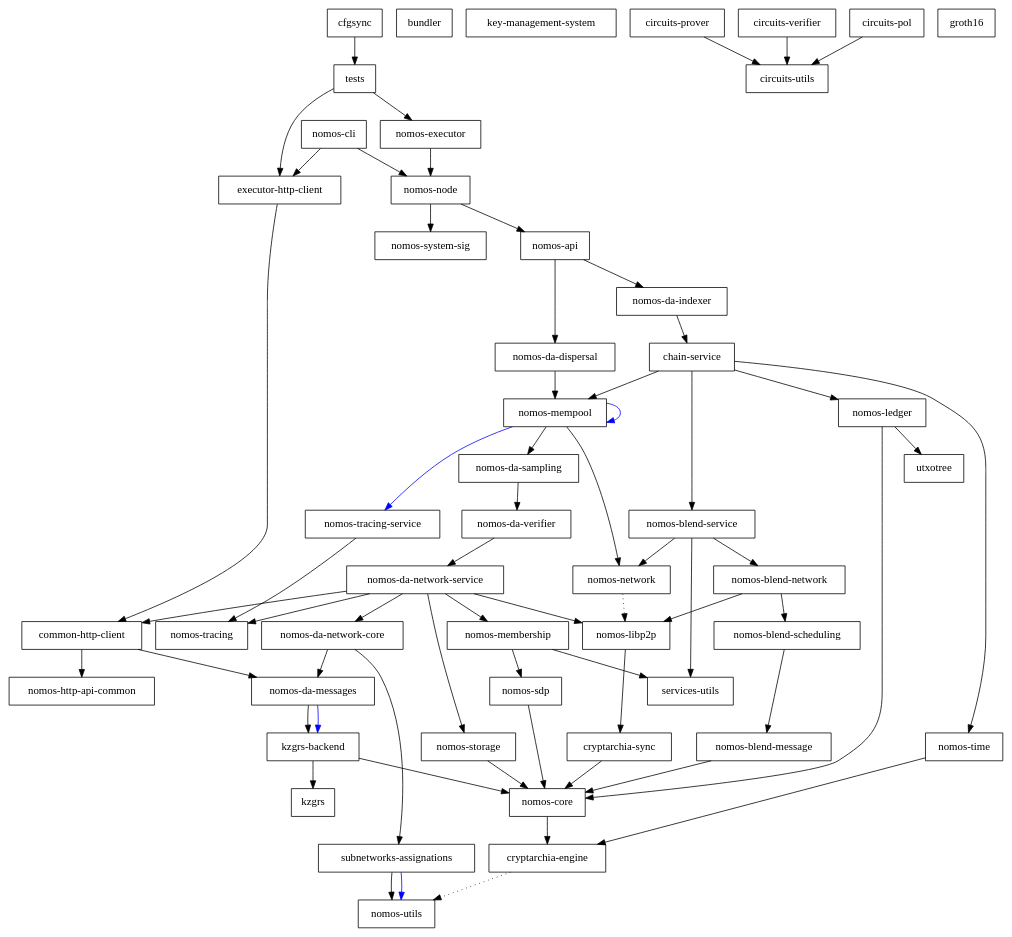
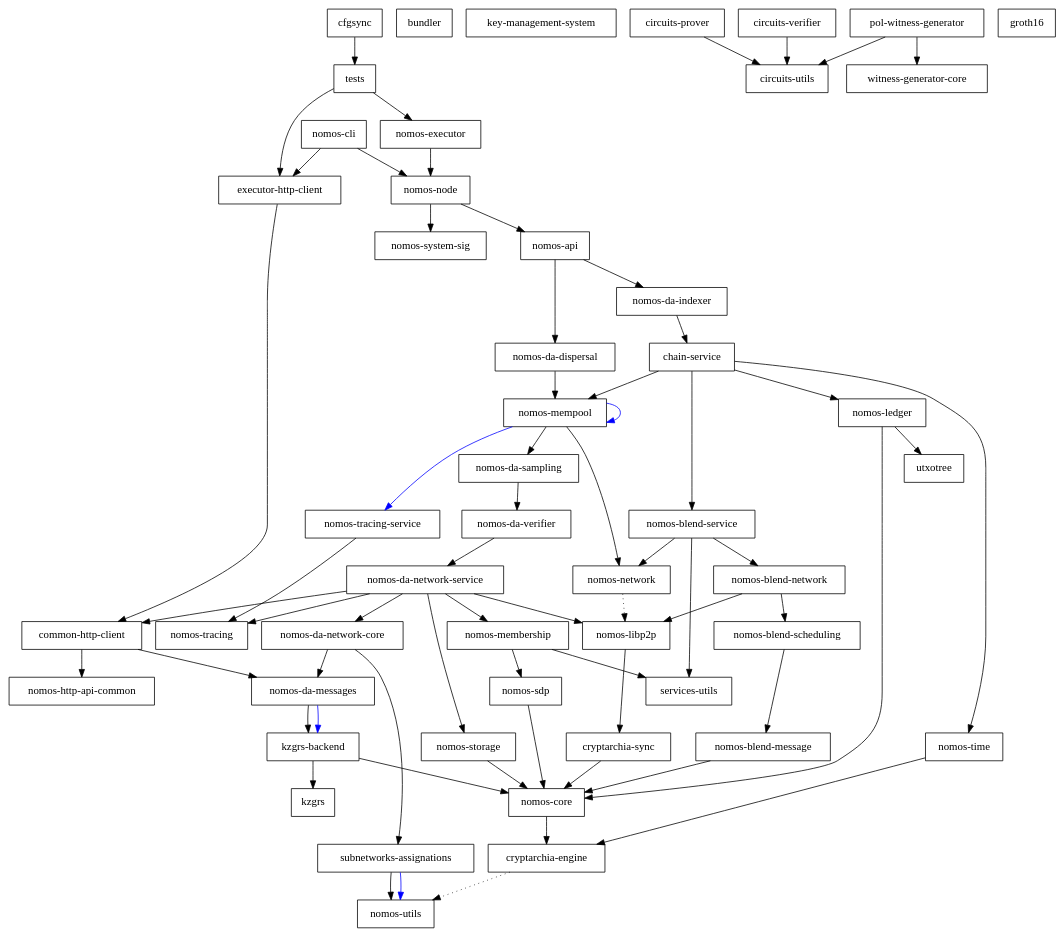
The diagram in dependencies_graph.dot (Astro521/logos-blockchain), drawn with Graphviz before and after one commit. The commit also changed 15 other files, not shown here.

```diff
--- a/dependencies_graph.dot
+++ b/dependencies_graph.dot
@@ -1,112 +1,114 @@
 digraph {
     0 [ label = "cryptarchia-engine" shape = box]
     1 [ label = "nomos-utils" shape = box]
     2 [ label = "cryptarchia-sync" shape = box]
     3 [ label = "nomos-core" shape = box]
     4 [ label = "nomos-ledger" shape = box]
     5 [ label = "utxotree" shape = box]
     6 [ label = "nomos-http-api-common" shape = box]
     7 [ label = "nomos-executor" shape = box]
     8 [ label = "kzgrs-backend" shape = box]
     9 [ label = "kzgrs" shape = box]
     10 [ label = "nomos-api" shape = box]
     11 [ label = "chain-service" shape = box]
     12 [ label = "nomos-blend-service" shape = box]
     13 [ label = "nomos-blend-message" shape = box]
     14 [ label = "nomos-blend-network" shape = box]
     15 [ label = "nomos-blend-scheduling" shape = box]
     16 [ label = "nomos-libp2p" shape = box]
     17 [ label = "nomos-network" shape = box]
     18 [ label = "services-utils" shape = box]
     19 [ label = "nomos-da-sampling" shape = box]
     20 [ label = "nomos-da-network-core" shape = box]
     21 [ label = "nomos-da-messages" shape = box]
     22 [ label = "subnetworks-assignations" shape = box]
     23 [ label = "nomos-da-network-service" shape = box]
     24 [ label = "common-http-client" shape = box]
     25 [ label = "nomos-membership" shape = box]
     26 [ label = "nomos-sdp" shape = box]
     27 [ label = "nomos-storage" shape = box]
     28 [ label = "nomos-tracing" shape = box]
     29 [ label = "nomos-da-verifier" shape = box]
     30 [ label = "nomos-mempool" shape = box]
     31 [ label = "nomos-tracing-service" shape = box]
     32 [ label = "nomos-time" shape = box]
     33 [ label = "nomos-da-dispersal" shape = box]
     34 [ label = "nomos-da-indexer" shape = box]
     35 [ label = "nomos-node" shape = box]
     36 [ label = "nomos-system-sig" shape = box]
     37 [ label = "executor-http-client" shape = box]
     38 [ label = "bundler" shape = box]
     39 [ label = "nomos-cli" shape = box]
     40 [ label = "key-management-system" shape = box]
     41 [ label = "cfgsync" shape = box]
     42 [ label = "tests" shape = box]
     43 [ label = "circuits-prover" shape = box]
     44 [ label = "circuits-utils" shape = box]
     45 [ label = "circuits-verifier" shape = box]
-    46 [ label = "groth16" shape = box]
-    47 [ label = "circuits-pol" shape = box]
+    46 [ label = "witness-generator-core" shape = box]
+    47 [ label = "pol-witness-generator" shape = box]
+    48 [ label = "groth16" shape = box]
     0 -> 1 [ style = dotted]
     2 -> 3 [ ]
     3 -> 0 [ ]
     4 -> 3 [ ]
     4 -> 5 [ ]
     7 -> 35 [ ]
     8 -> 9 [ ]
     8 -> 3 [ ]
     10 -> 33 [ ]
     10 -> 34 [ ]
     11 -> 12 [ ]
     11 -> 4 [ ]
     11 -> 30 [ ]
     11 -> 32 [ ]
     12 -> 14 [ ]
     12 -> 17 [ ]
     12 -> 18 [ ]
     13 -> 3 [ ]
     14 -> 15 [ ]
     14 -> 16 [ ]
     15 -> 13 [ ]
     16 -> 2 [ ]
     17 -> 16 [ style = dotted]
     19 -> 29 [ ]
     20 -> 21 [ ]
     20 -> 22 [ ]
     21 -> 8 [ ]
     21 -> 8 [ color = blue]
     22 -> 1 [ ]
     22 -> 1 [ color = blue]
     23 -> 24 [ ]
     23 -> 20 [ ]
     23 -> 16 [ ]
     23 -> 25 [ ]
     23 -> 27 [ ]
     23 -> 28 [ ]
     24 -> 21 [ ]
     24 -> 6 [ ]
     25 -> 26 [ ]
     25 -> 18 [ ]
     26 -> 3 [ ]
     27 -> 3 [ ]
     29 -> 23 [ ]
     30 -> 19 [ ]
     30 -> 30 [ color = blue]
     30 -> 17 [ ]
     30 -> 31 [ color = blue]
     31 -> 28 [ ]
     32 -> 0 [ ]
     33 -> 30 [ ]
     34 -> 11 [ ]
     35 -> 10 [ ]
     35 -> 36 [ ]
     37 -> 24 [ ]
     39 -> 37 [ ]
     39 -> 35 [ ]
     41 -> 42 [ ]
     42 -> 37 [ ]
     42 -> 7 [ ]
     43 -> 44 [ ]
     45 -> 44 [ ]
     47 -> 44 [ ]
+    47 -> 46 [ ]
 }
```
